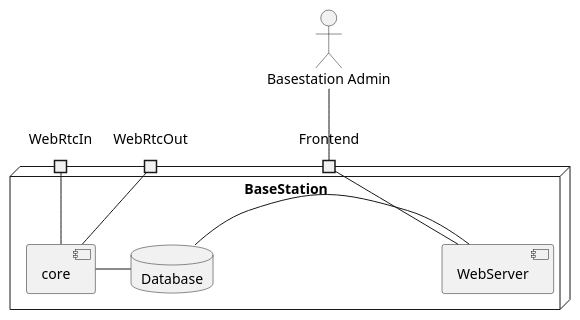
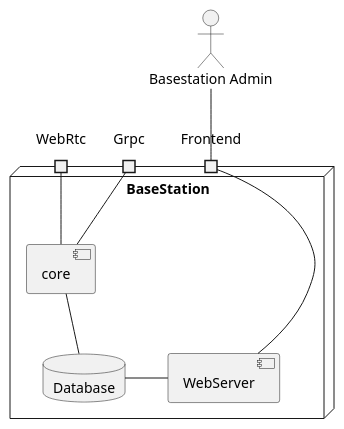
Before and after one commit to Drone-System/dronesurveillance: the diagram in diagrams/BasestationComponent.puml, drawn with PlantUML. The commit also changed 12 other files, not shown here.

Commit message:
DRONE-XX/VaAf: More Diagrams

```diff
--- a/diagrams/BasestationComponent.puml
+++ b/diagrams/BasestationComponent.puml
@@ -1,43 +1,43 @@
 @startuml Component Diagram BaseStation
 
 ' left to right direction
-' #skinparam #TODO
+' skinparam Monochrome true
 
 actor BasestationAdmin as "Basestation Admin"
 
 node BaseStation {
 
-port WebRtcIn
-port WebRtcOut
+port WebRtc
+port Grpc
 port Frontend
 
 component WebServer {
 
 }
 
 database Database {
 
 }
 
 component core {
 
 }
 
 
 ' core -right- WebRtcIn
 
-WebServer -left- Database
+Database -right- WebServer
 
-Database -left- core
+core -- Database
 
-Frontend -- WebServer
+Frontend --down- WebServer
 
-core -- WebRtcIn
-core -- WebRtcOut
+core -- WebRtc
+core -- Grpc
 
 
 }
 BasestationAdmin -- Frontend
 
 
 @enduml
```
